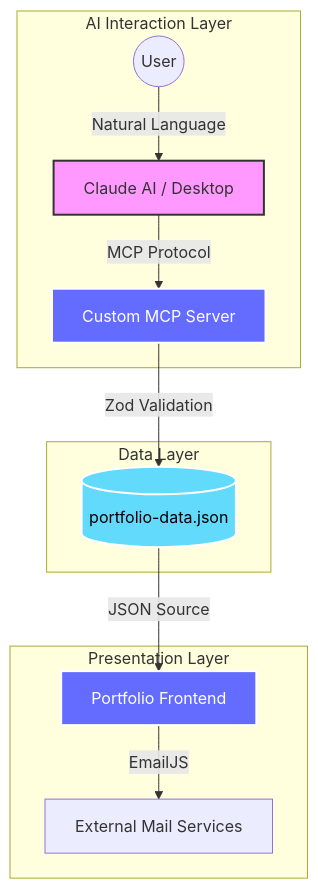
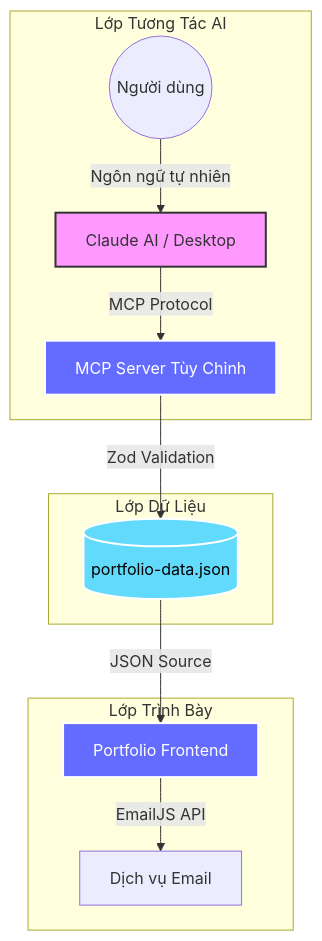
The diagram in README.md (phuc2502/portfolio_thienphuc), drawn with Mermaid before and after one commit. The commit also changed other lines of this file and 3 other files, not shown here.

````diff
--- a/README.md
+++ b/README.md
@@ -54,24 +93,24 @@
 ```mermaid
 graph TB
-    subgraph "AI Interaction Layer"
-        User((User)) -- "Natural Language" --> Claude[Claude AI / Desktop]
-        Claude -- "MCP Protocol" --> MCPServer[Custom MCP Server]
+    subgraph "Lớp Tương Tác AI"
+        User((Người dùng)) -- "Ngôn ngữ tự nhiên" --> Claude[Claude AI / Desktop]
+        Claude -- "MCP Protocol" --> MCPServer[MCP Server Tùy Chỉnh]
     end
 
-    subgraph "Data Layer"
+    subgraph "Lớp Dữ Liệu"
         MCPServer -- "Zod Validation" --> LocalDB[(portfolio-data.json)]
     end
 
-    subgraph "Presentation Layer"
+    subgraph "Lớp Trình Bày"
         LocalDB -- "JSON Source" --> ViteApp[Portfolio Frontend]
-        ViteApp -- "EmailJS" --> Mail[External Mail Services]
+        ViteApp -- "EmailJS API" --> Mail[Dịch vụ Email]
     end
 
     classDef primary fill:#646CFF,stroke:#fff,stroke-width:2px,color:#fff;
     classDef secondary fill:#61DAFB,stroke:#fff,stroke-width:2px,color:#000;
     classDef highlight fill:#f9f,stroke:#333,stroke-width:2px;
 
     class MCPServer,ViteApp primary;
     class LocalDB secondary;
     class Claude highlight;
 ```
````
